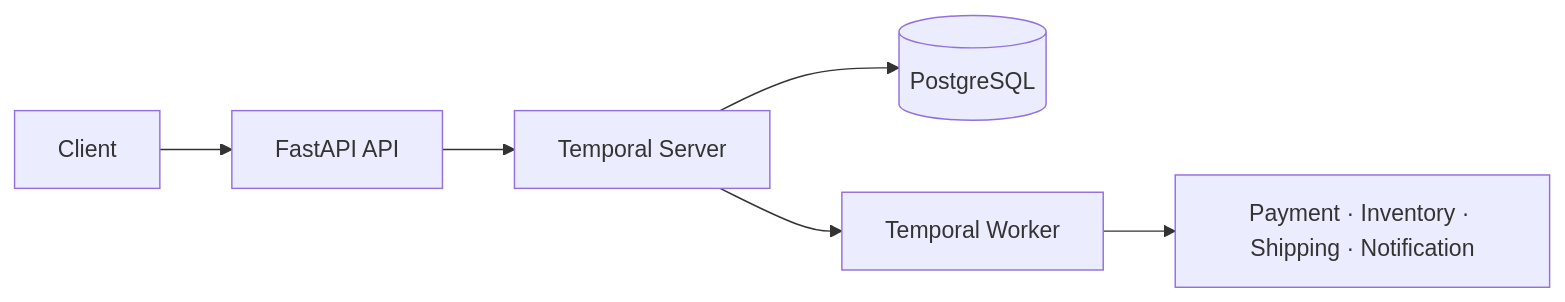
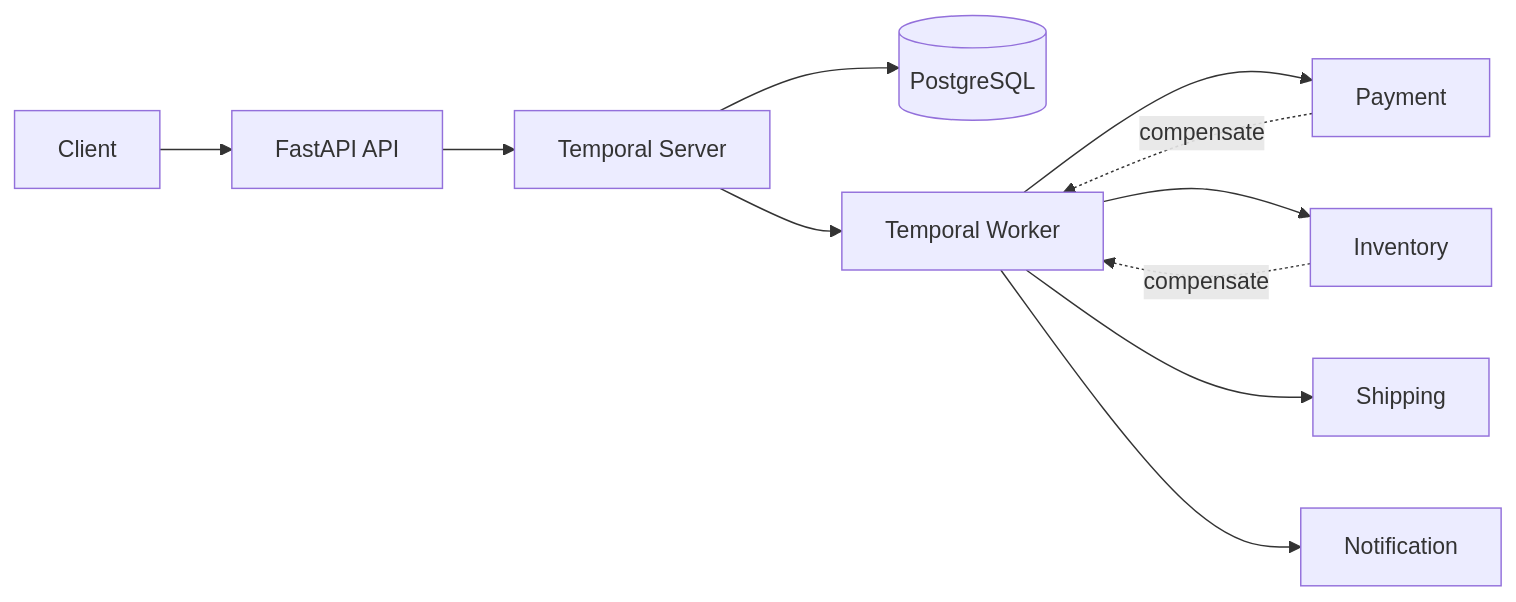
Before and after one commit to gabbyb-cloud/order-fulfillment-temporal: the diagram in README.md, drawn with Mermaid. The commit also changed other lines of this file, not shown here.

````diff
--- a/README.md
+++ b/README.md
@@ -33,8 +16,15 @@
 ```mermaid
 flowchart LR
-    Client --> API["FastAPI API"]
-    API --> Temporal["Temporal Server"]
+    Client[Client] --> API[FastAPI API]
+    API --> Temporal[Temporal Server]
     Temporal --> DB[(PostgreSQL)]
-    Temporal --> Worker["Temporal Worker"]
-    Worker --> Steps["Payment · Inventory · Shipping · Notification"]
+    Temporal --> Worker[Temporal Worker]
+
+    Worker --> Payment[Payment]
+    Worker --> Inventory[Inventory]
+    Worker --> Shipping[Shipping]
+    Worker --> Notify[Notification]
+
+    Payment -. compensate .-> Worker
+    Inventory -. compensate .-> Worker
 ```
````
